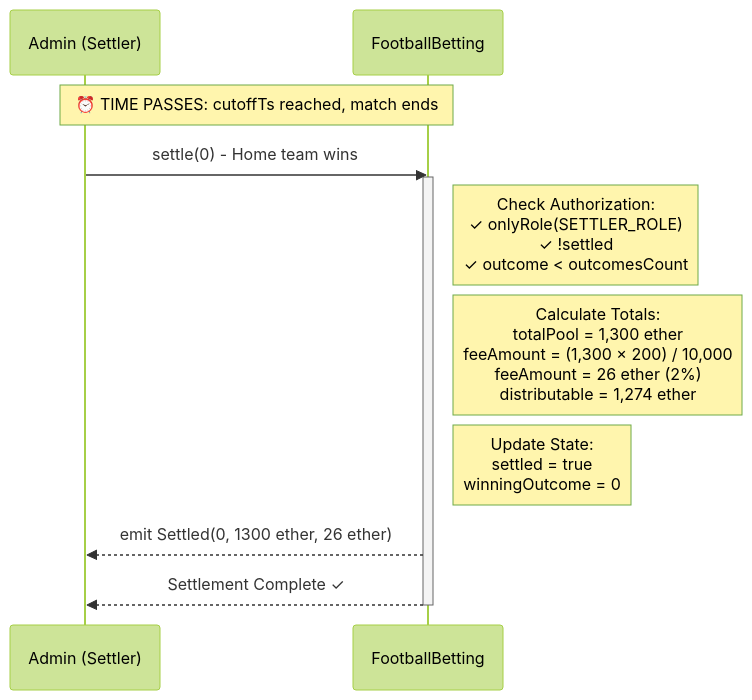
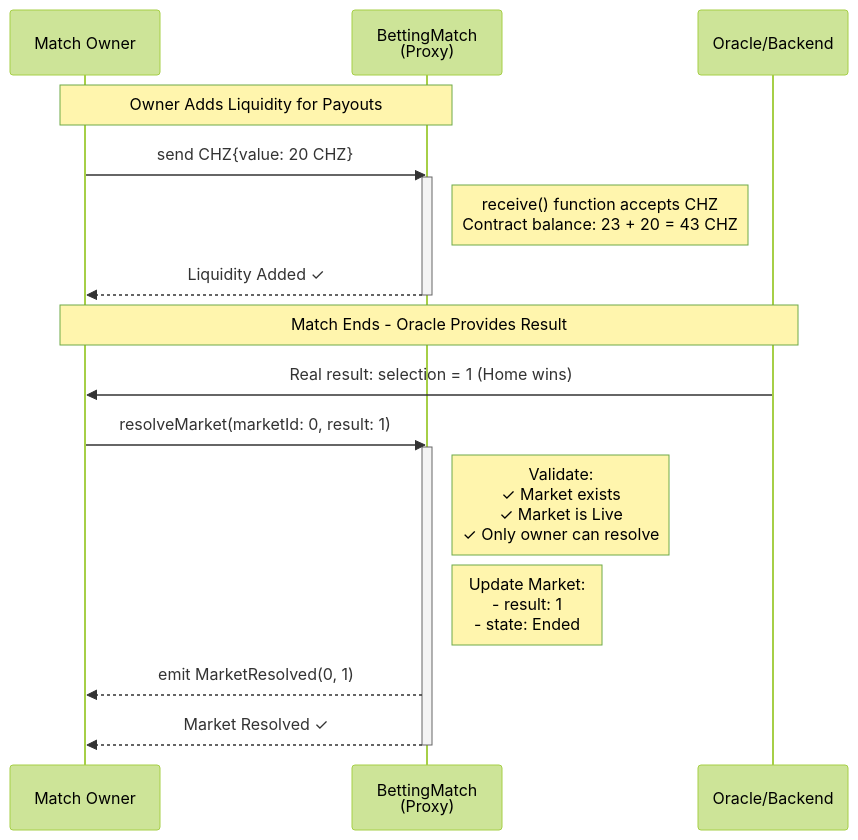
The third of 11 diagrams in SEQUENCE_DIAGRAM.md (ChilizTV/smart-contracts), drawn with Mermaid (forest theme) before and after one commit. The commit also changed other lines of this file and 25 other files, not shown here.

````diff
--- a/SEQUENCE_DIAGRAM.md
+++ b/SEQUENCE_DIAGRAM.md
@@ -103,20 +109,29 @@
 ```mermaid
 sequenceDiagram
-    participant Admin as Admin (Settler)
-    participant Contract as FootballBetting
+    participant Owner as Match Owner
+    participant Match as BettingMatch<br/>(Proxy)
+    participant Oracle as Oracle/Backend
 
-    Note over Admin,Contract: ⏰ TIME PASSES: cutoffTs reached, match ends
+    Note over Owner,Match: Owner Adds Liquidity for Payouts
 
-    Admin->>Contract: settle(0) - Home team wins
-    activate Contract
+    Owner->>Match: send CHZ{value: 20 CHZ}
+    activate Match
+    Note right of Match: receive() function accepts CHZ<br/>Contract balance: 23 + 20 = 43 CHZ
+    Match-->>Owner: Liquidity Added ✓
+    deactivate Match
     
-    Note right of Contract: Check Authorization:<br/>✓ onlyRole(SETTLER_ROLE)<br/>✓ !settled<br/>✓ outcome < outcomesCount
+    Note over Owner,Oracle: Match Ends - Oracle Provides Result
     
-    Note right of Contract: Calculate Totals:<br/>totalPool = 1,300 ether<br/>feeAmount = (1,300 × 200) / 10,000<br/>feeAmount = 26 ether (2%)<br/>distributable = 1,274 ether
+    Oracle->>Owner: Real result: selection = 1 (Home wins)
     
-    Note right of Contract: Update State:<br/>settled = true<br/>winningOutcome = 0
+    Owner->>Match: resolveMarket(marketId: 0, result: 1)
+    activate Match
     
-    Contract-->>Admin: emit Settled(0, 1300 ether, 26 ether)
-    Contract-->>Admin: Settlement Complete ✓
-    deactivate Contract
+    Note right of Match: Validate:<br/>✓ Market exists<br/>✓ Market is Live<br/>✓ Only owner can resolve
+    
+    Note right of Match: Update Market:<br/>- result: 1<br/>- state: Ended
+    
+    Match-->>Owner: emit MarketResolved(0, 1)
+    Match-->>Owner: Market Resolved ✓
+    deactivate Match
 ```
````
